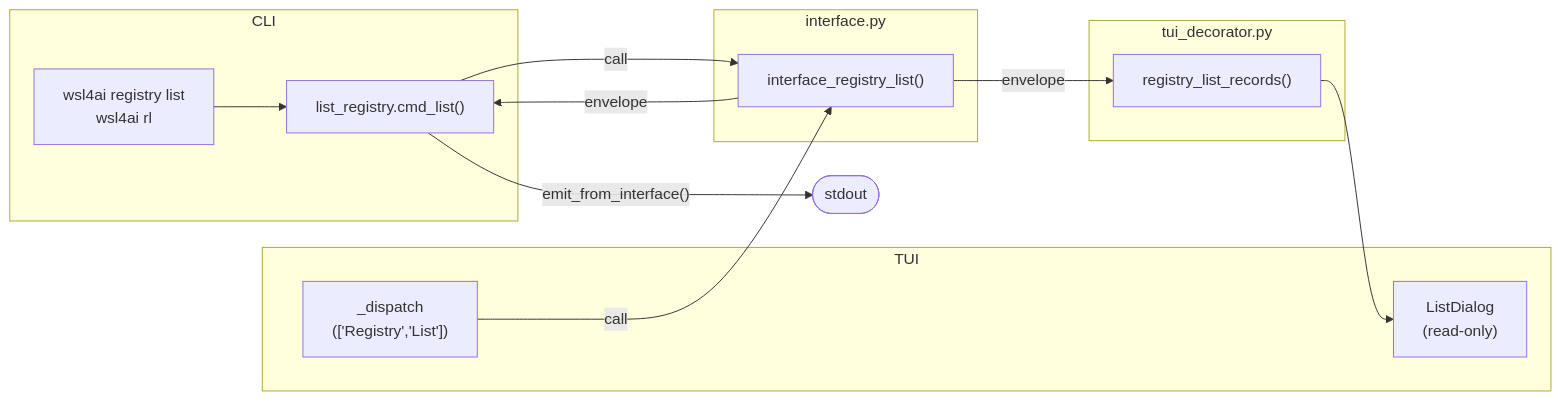
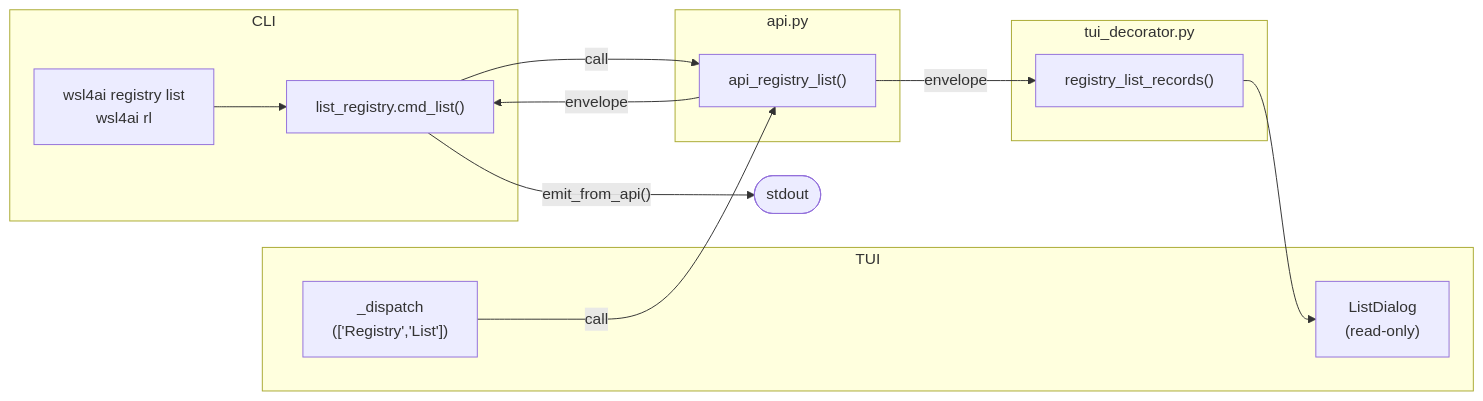
The first of 3 diagrams in specs/tool/specs-registry.md (rmompo/wsl4ai), drawn with Mermaid before and after one commit. The commit also changed other lines of this file and 20 other files, not shown here.

First line of the commit message:
v1.6.3: rename interface.py → api.py, interface_* → api_*

````diff
--- a/specs/tool/specs-registry.md
+++ b/specs/tool/specs-registry.md
@@ -41,25 +41,25 @@
 ```mermaid
 flowchart LR
     subgraph CLI
         rl["wsl4ai registry list\nwsl4ai rl"]
         cmd_list["list_registry.cmd_list()"]
         rl --> cmd_list
     end
-    subgraph Interface["interface.py"]
-        iface["interface_registry_list()"]
+    subgraph Interface["api.py"]
+        iface["api_registry_list()"]
     end
     subgraph TUI
         dispatch["_dispatch\n(['Registry','List'])"]
         ldiag["ListDialog\n(read-only)"]
     end
     subgraph TUI_Dec["tui_decorator.py"]
         rec["registry_list_records()"]
     end
 
     cmd_list -->|"call"| iface
     dispatch -->|"call"| iface
     iface -->|"envelope"| cmd_list
     iface -->|"envelope"| rec
     rec --> ldiag
-    cmd_list -->|"emit_from_interface()"| stdout([stdout])
+    cmd_list -->|"emit_from_api()"| stdout([stdout])
 ```
````
